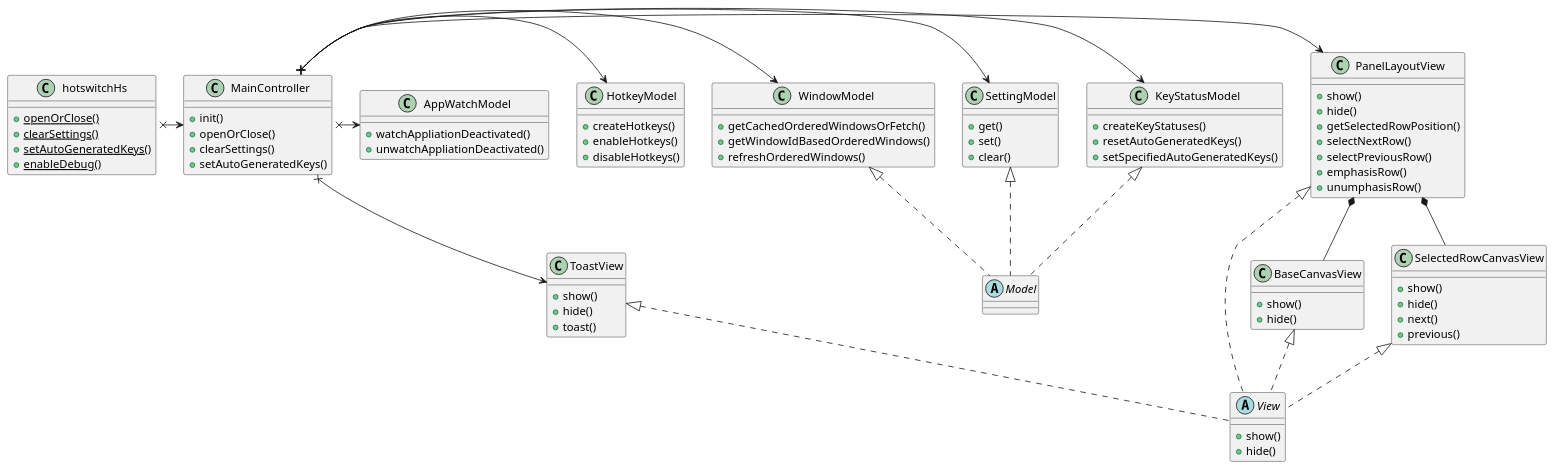
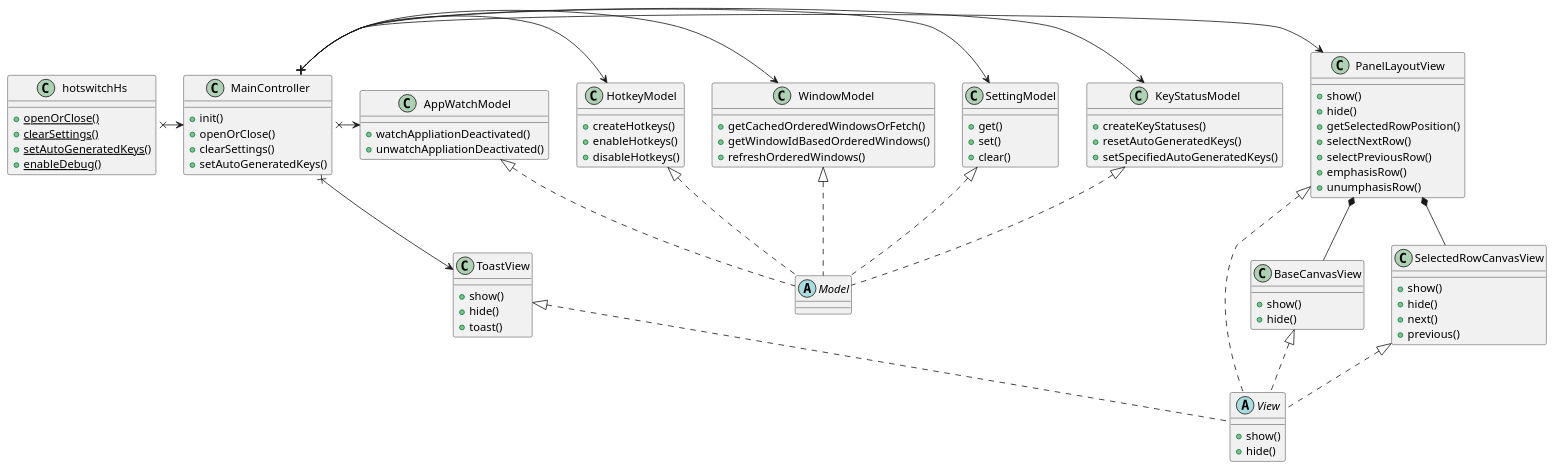
One commit to oniatsu/HotSwitch-HS changed the diagram in uml/class_diagram.pu. Above: the diagram before and after it, drawn with PlantUML. The commit also changed 1 other file, not shown here.

Commit message:
Update uml

```diff
--- a/uml/class_diagram.pu
+++ b/uml/class_diagram.pu
@@ -1,94 +1,96 @@
 @startuml class_diagram
 
 class hotswitchHs {
     {static} +openOrClose()
     {static} +clearSettings()
     {static} +setAutoGeneratedKeys()
     {static} +enableDebug()
 }
 
 class KeyStatusModel {
     +createKeyStatuses()
     +resetAutoGeneratedKeys()
     +setSpecifiedAutoGeneratedKeys()
 }
 class SettingModel {
     +get()
     +set()
     +clear()
 }
 class WindowModel {
     +getCachedOrderedWindowsOrFetch()
     +getWindowIdBasedOrderedWindows()
     +refreshOrderedWindows()
 }
 class HotkeyModel {
     +createHotkeys()
     +enableHotkeys()
     +disableHotkeys()
 }
 class AppWatchModel {
     +watchAppliationDeactivated()
     +unwatchAppliationDeactivated()
 }
 abstract Model
 
 class PanelLayoutView {
     +show()
     +hide()
     +getSelectedRowPosition()
     +selectNextRow()
     +selectPreviousRow()
     +emphasisRow()
     +unumphasisRow()
 }
 class BaseCanvasView {
     +show()
     +hide()
 }
 class SelectedRowCanvasView {
     +show()
     +hide()
     +next()
     +previous()
 }
 class ToastView {
     +show()
     +hide()
     +toast()
 }
 abstract View {
     +show()
     +hide()
 }
 
 class MainController {
     +init()
     +openOrClose()
     +clearSettings()
     +setAutoGeneratedKeys()
 }
 
 hotswitchHs x-> MainController
 
 MainController x-> PanelLayoutView
 MainController x-> ToastView
 MainController x-> KeyStatusModel
 MainController x-> SettingModel
 MainController x-> WindowModel
 MainController x-> HotkeyModel
 MainController x-> AppWatchModel
 
 KeyStatusModel <|.. Model
 SettingModel <|.. Model
 WindowModel <|.. Model
+HotkeyModel <|.. Model
+AppWatchModel <|.. Model
 
 PanelLayoutView <|.. View
 BaseCanvasView <|.. View
 SelectedRowCanvasView <|.. View
 ToastView <|.. View
 
 PanelLayoutView *-- BaseCanvasView 
 PanelLayoutView *-- SelectedRowCanvasView 
 
 @endum
```
